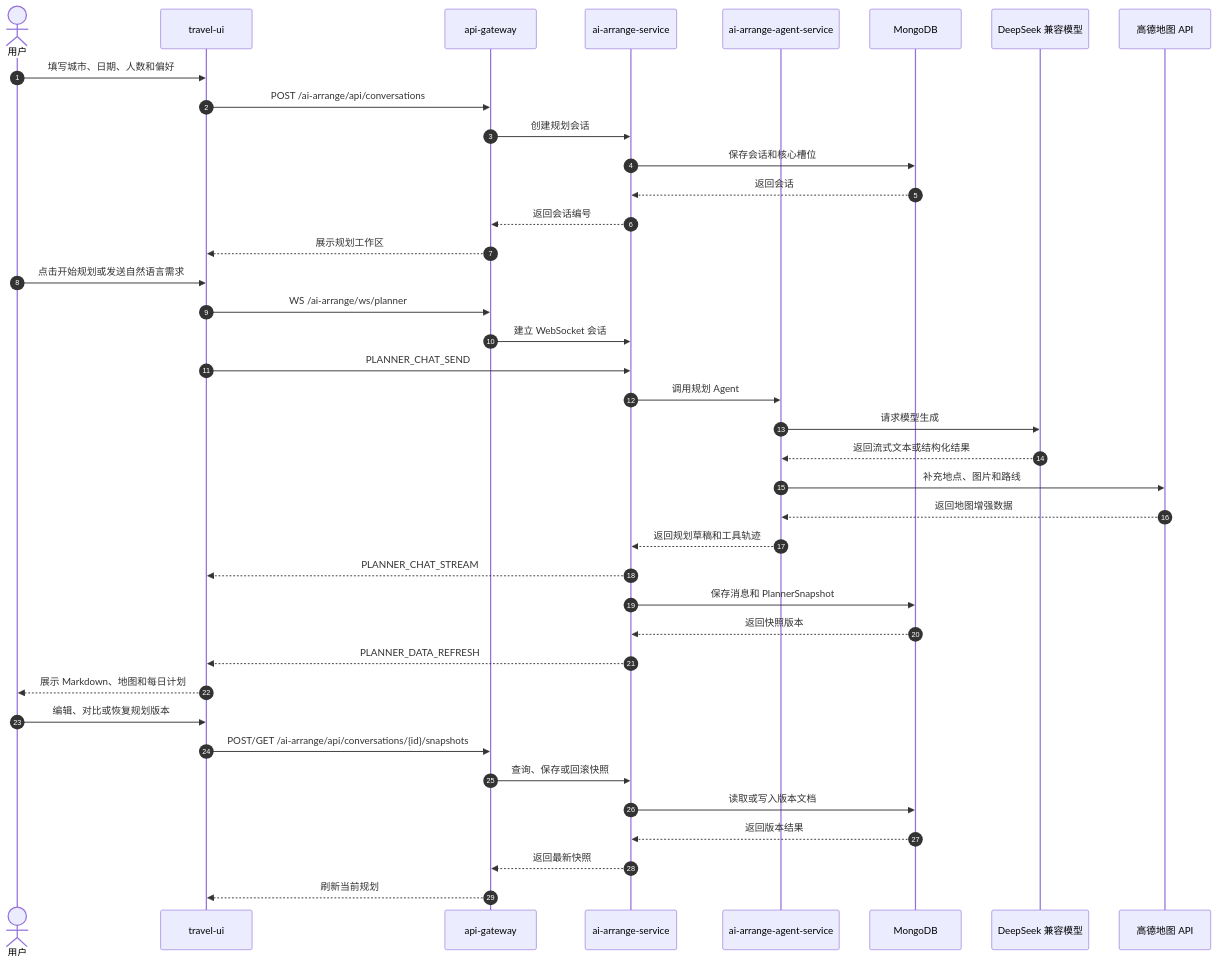
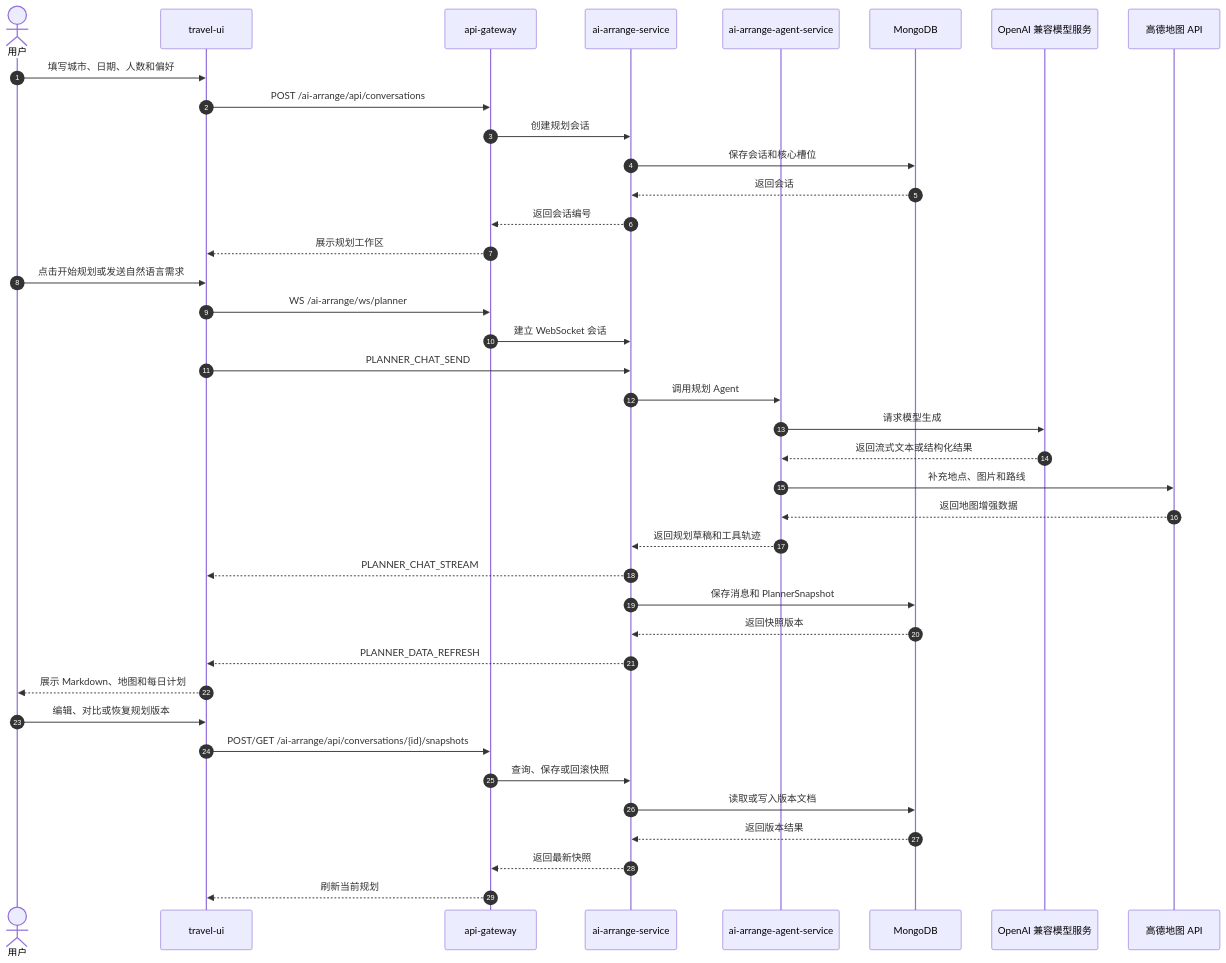
Before and after one commit to QzlabQ/TravelOn: the ninth of 9 diagrams in docs/概要设计.md, drawn with Mermaid. The commit also changed other lines of this file and 22 other files, not shown here.

````diff
--- a/docs/概要设计.md
+++ b/docs/概要设计.md
@@ -672,44 +672,44 @@
 ```mermaid
 sequenceDiagram
     autonumber
     actor User as 用户
     participant UI as travel-ui
     participant GW as api-gateway
     participant AS as ai-arrange-service
     participant AG as ai-arrange-agent-service
     participant MDB as MongoDB
-    participant LLM as DeepSeek 兼容模型
+    participant LLM as OpenAI 兼容模型服务
     participant AMAP as 高德地图 API
 
     User->>UI: 填写城市、日期、人数和偏好
     UI->>GW: POST /ai-arrange/api/conversations
     GW->>AS: 创建规划会话
     AS->>MDB: 保存会话和核心槽位
     MDB-->>AS: 返回会话
     AS-->>GW: 返回会话编号
     GW-->>UI: 展示规划工作区
 
     User->>UI: 点击开始规划或发送自然语言需求
     UI->>GW: WS /ai-arrange/ws/planner
     GW->>AS: 建立 WebSocket 会话
     UI->>AS: PLANNER_CHAT_SEND
     AS->>AG: 调用规划 Agent
     AG->>LLM: 请求模型生成
     LLM-->>AG: 返回流式文本或结构化结果
     AG->>AMAP: 补充地点、图片和路线
     AMAP-->>AG: 返回地图增强数据
     AG-->>AS: 返回规划草稿和工具轨迹
     AS-->>UI: PLANNER_CHAT_STREAM
     AS->>MDB: 保存消息和 PlannerSnapshot
     MDB-->>AS: 返回快照版本
     AS-->>UI: PLANNER_DATA_REFRESH
     UI-->>User: 展示 Markdown、地图和每日计划
 
     User->>UI: 编辑、对比或恢复规划版本
     UI->>GW: POST/GET /ai-arrange/api/conversations/{id}/snapshots
     GW->>AS: 查询、保存或回滚快照
     AS->>MDB: 读取或写入版本文档
     MDB-->>AS: 返回版本结果
     AS-->>GW: 返回最新快照
     GW-->>UI: 刷新当前规划
 ```
````
